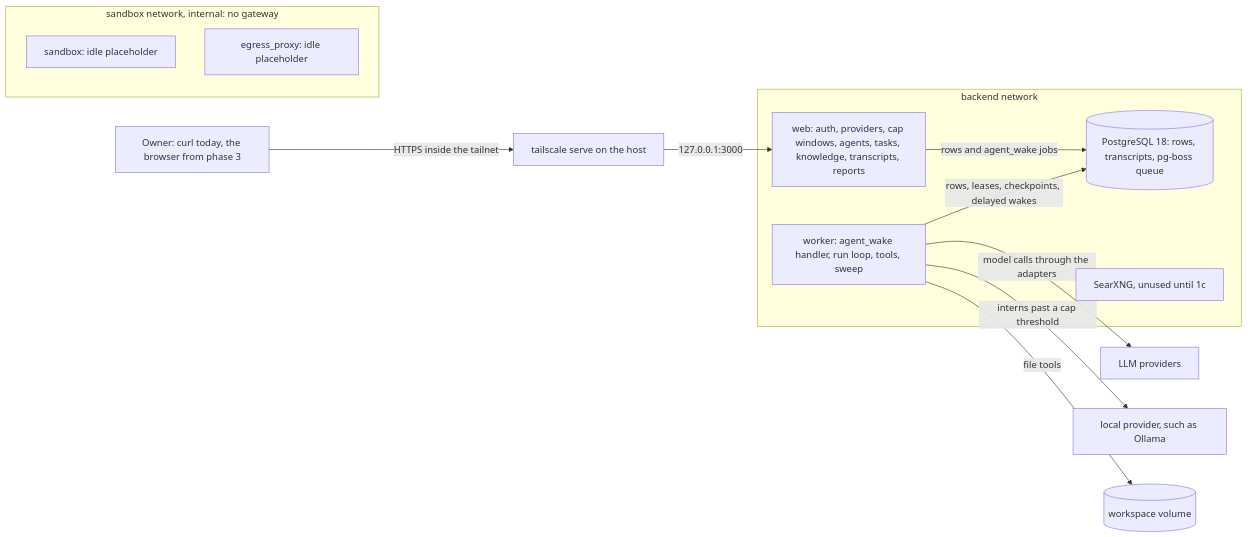
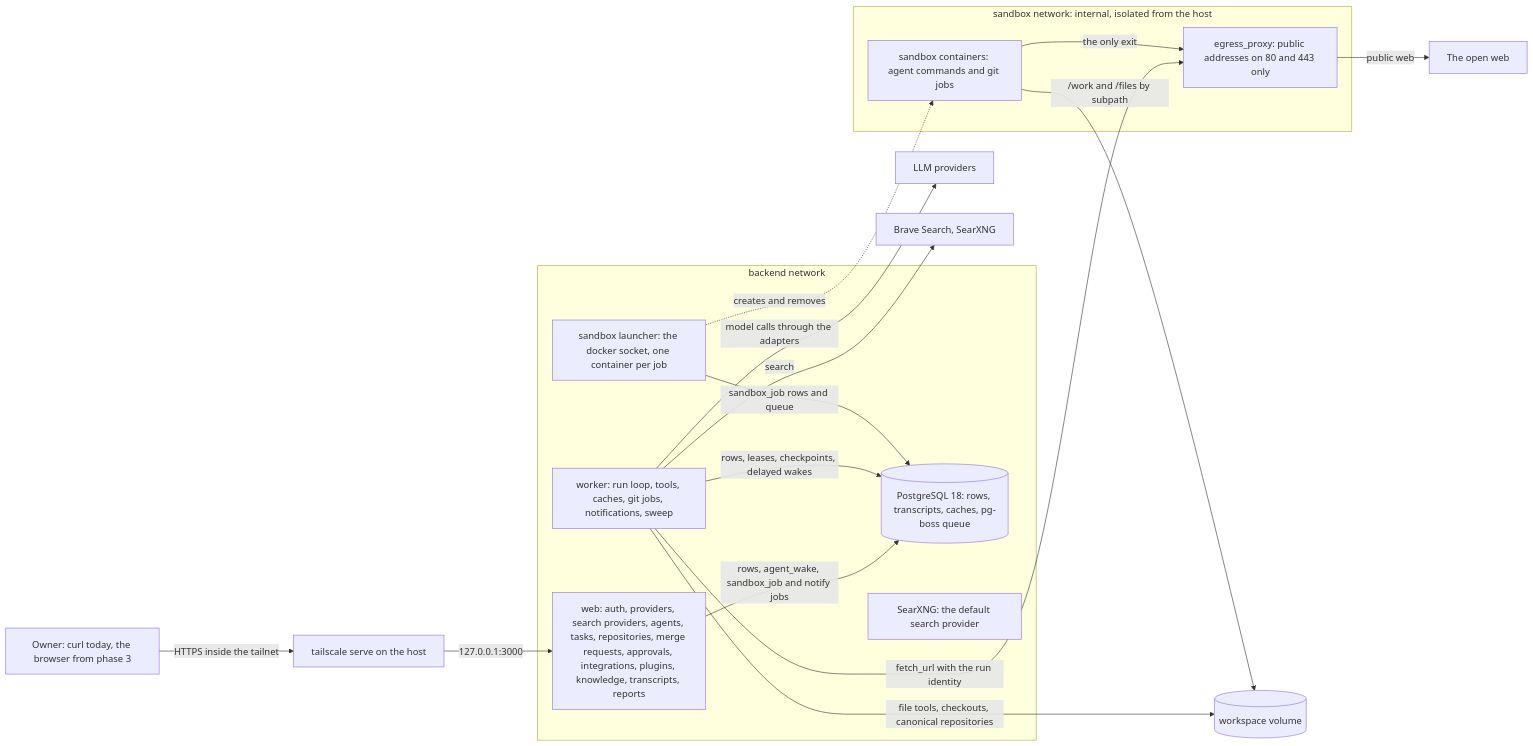
One commit to JohnFilhmar/tbn_game changed the diagram in docs/architecture.md. Above: the diagram before and after it, drawn with Mermaid. The commit also changed other lines of this file and 5 other files, not shown here.

````diff
--- a/docs/architecture.md
+++ b/docs/architecture.md
@@ -25,20 +25,27 @@
 ```mermaid
 flowchart LR
   owner["Owner: curl today, the browser from phase 3"] -->|"HTTPS inside the tailnet"| serve["tailscale serve on the host"]
   serve -->|"127.0.0.1:3000"| web
   subgraph backend_network["backend network"]
-    web["web: auth, providers, cap windows, agents, tasks, knowledge, transcripts, reports"]
-    worker["worker: agent_wake handler, run loop, tools, sweep"]
-    postgres[("PostgreSQL 18: rows, transcripts, pg-boss queue")]
-    searxng["SearXNG, unused until 1c"]
+    web["web: auth, providers, search providers, agents, tasks, repositories, merge requests, approvals, integrations, plugins, knowledge, transcripts, reports"]
+    worker["worker: run loop, tools, caches, git jobs, notifications, sweep"]
+    sandbox["sandbox launcher: the docker socket, one container per job"]
+    postgres[("PostgreSQL 18: rows, transcripts, caches, pg-boss queue")]
+    searxng["SearXNG: the default search provider"]
   end
-  subgraph sandbox_network["sandbox network, internal: no gateway"]
-    sandbox["sandbox: idle placeholder"]
-    egress_proxy["egress_proxy: idle placeholder"]
+  subgraph sandbox_network["sandbox network: internal, isolated from the host"]
+    jobs["sandbox containers: agent commands and git jobs"]
+    egress_proxy["egress_proxy: public addresses on 80 and 443 only"]
   end
-  web -->|"rows and agent_wake jobs"| postgres
+  web -->|"rows, agent_wake, sandbox_job and notify jobs"| postgres
   worker -->|"rows, leases, checkpoints, delayed wakes"| postgres
+  sandbox -->|"sandbox_job rows and queue"| postgres
+  sandbox -.->|"creates and removes"| jobs
   worker -->|"model calls through the adapters"| llm["LLM providers"]
-  worker -->|"interns past a cap threshold"| local_llm["local provider, such as Ollama"]
-  worker -->|"file tools"| workspace[("workspace volume")]
+  worker -->|"search"| search["Brave Search, SearXNG"]
+  worker -->|"fetch_url with the run identity"| egress_proxy
+  jobs -->|"the only exit"| egress_proxy
+  egress_proxy -->|"public web"| internet["The open web"]
+  worker -->|"file tools, checkouts, canonical repositories"| workspace[("workspace volume")]
+  jobs -->|"/work and /files by subpath"| workspace
 ```
````
